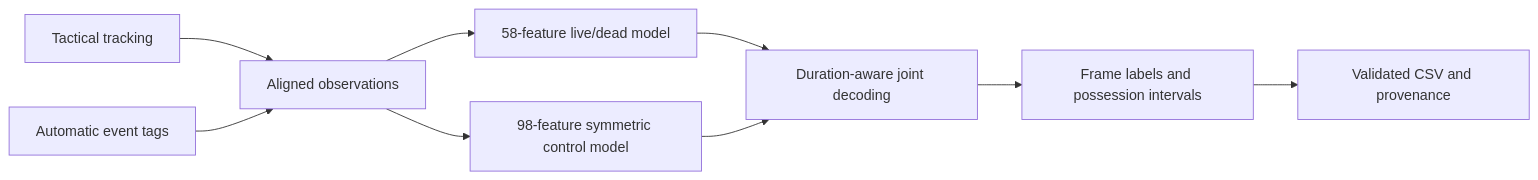
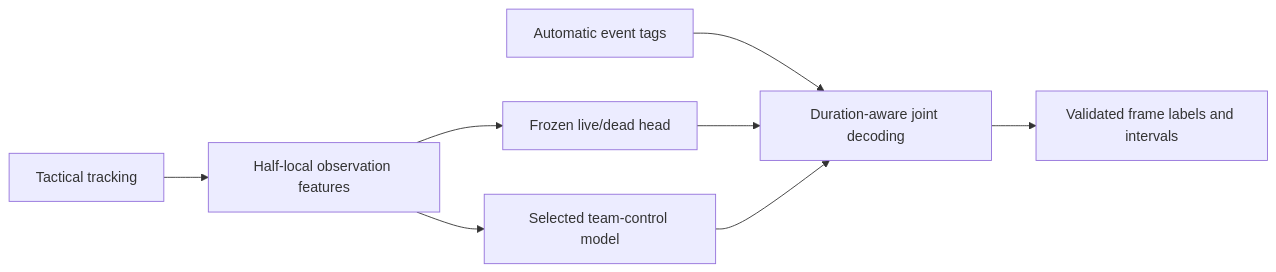
Before and after one commit to sumyat7313/xtension-labs-possessionflow: the diagram in README.md, drawn with Mermaid. The commit also changed other lines of this file and 40 other files, not shown here.

Commit message:
Improve possession spells with a gated temporal model

````diff
--- a/README.md
+++ b/README.md
@@ -93,11 +93,10 @@
 ```mermaid
 flowchart LR
-    A[Tactical tracking] --> C[Aligned observations]
-    B[Automatic event tags] --> C
-    C --> D[58-feature live/dead model]
-    C --> E[98-feature symmetric control model]
-    D --> F[Duration-aware joint decoding]
+    A[Tactical tracking] --> C[Half-local observation features]
+    B[Automatic event tags] --> F[Duration-aware joint decoding]
+    C --> D[Frozen live/dead head]
+    C --> E[Selected team-control model]
+    D --> F
     E --> F
-    F --> G[Frame labels and possession intervals]
-    G --> H[Validated CSV and provenance]
+    F --> G[Validated frame labels and intervals]
 ```
````
